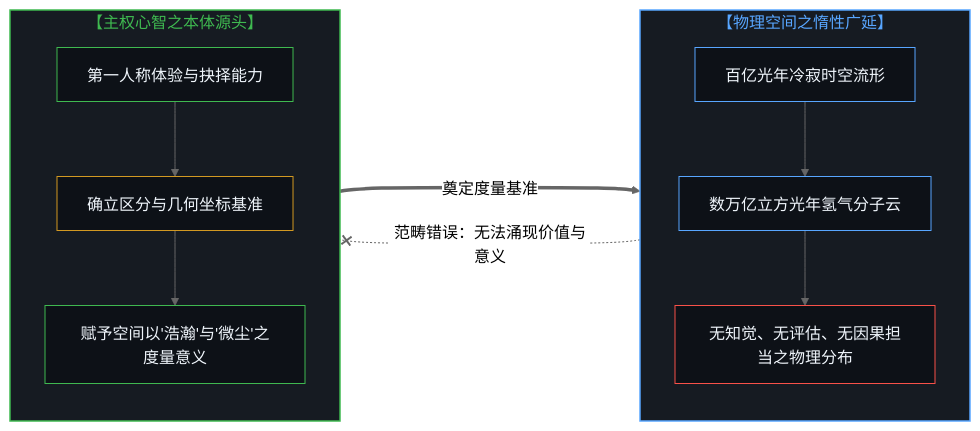
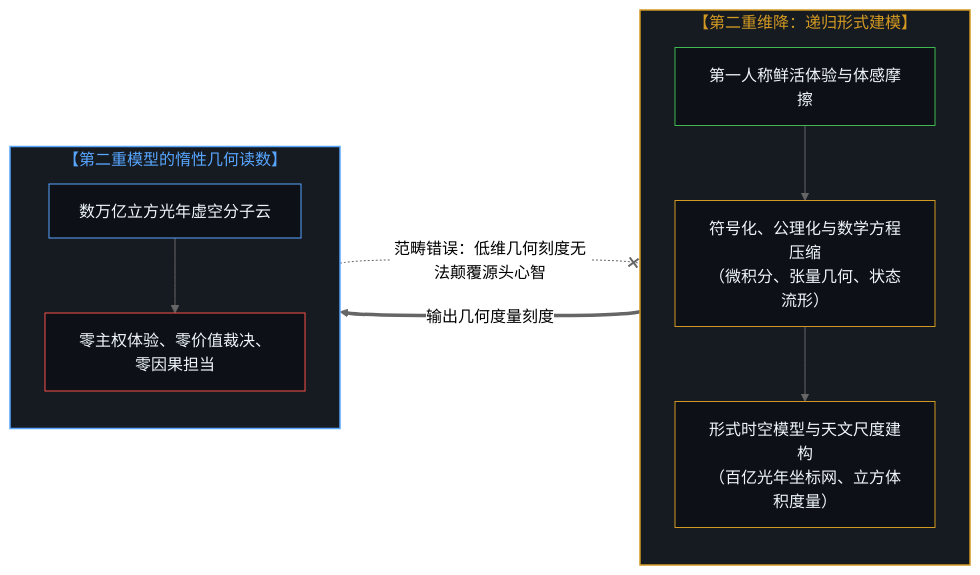
The third of 8 diagrams in content/posts/one-cannot-escape-ones-own-mind.md (powerpig99/not-a-toe), drawn with Mermaid (neutral theme) before and after one commit. The commit also changed other lines of this file and 2 other files, not shown here.

Commit message:
Enhance Post #332: Integrate two-fold dimensional collapse and historical modeling inversion

````diff
--- a/content/posts/one-cannot-escape-ones-own-mind.md
+++ b/content/posts/one-cannot-escape-ones-own-mind.md
@@ -71,26 +85,24 @@
 ```mermaid
 flowchart LR
-    subgraph S_InertSpace ["【物理空间之惰性广延】"]
+    subgraph S_SecondCollapse ["【第二重维降：递归形式建模】"]
         direction TB
-        V1["百亿光年冷寂时空流形"] --> V2["数万亿立方光年氢气分子云"]
-        V2 --> V3["无知觉、无评估、无因果担当之物理分布"]
+        M2["第一人称鲜活体验与体感摩擦"] --> F1["符号化、公理化与数学方程压缩<br/>（微积分、张量几何、状态流形）"]
+        F1 --> F2["形式时空模型与天文尺度建构<br/>（百亿光年坐标网、立方体积度量）"]
     end
 
-    subgraph S_LivingMind ["【主权心智之本体源头】"]
+    subgraph S_InertExtension ["【第二重模型的惰性几何读数】"]
         direction TB
-        M1["第一人称体验与抉择能力"] --> M2["确立区分与几何坐标基准"]
-        M2 --> M3["赋予空间以'浩瀚'与'微尘'之度量意义"]
+        V1["数万亿立方光年虚空分子云"] --> V2["零主权体验、零价值裁决、零因果担当"]
     end
 
-    M3 ===>|"奠定度量基准"| V1
-    V3 -.-x|"范畴错误：无法涌现价值与意义"| M1
+    F2 ===>|"输出几何度量刻度"| V1
+    V2 -.-x|"范畴错误：低维几何刻度无法颠覆源头心智"| M2
 
-    style S_InertSpace fill:#161b22,stroke:#58a6ff,stroke-width:1.5px,color:#58a6ff
-    style S_LivingMind fill:#161b22,stroke:#3fb950,stroke-width:1.5px,color:#3fb950
+    style S_SecondCollapse fill:#161b22,stroke:#d29922,stroke-width:1.5px,color:#d29922
+    style S_InertExtension fill:#161b22,stroke:#58a6ff,stroke-width:1.5px,color:#58a6ff
+    style M2 fill:#0d1117,stroke:#3fb950,stroke-width:1px,color:#f0f6fc
+    style F1 fill:#0d1117,stroke:#d29922,stroke-width:1px,color:#f0f6fc
+    style F2 fill:#0d1117,stroke:#d29922,stroke-width:1px,color:#f0f6fc
     style V1 fill:#0d1117,stroke:#58a6ff,stroke-width:1px,color:#f0f6fc
-    style V2 fill:#0d1117,stroke:#58a6ff,stroke-width:1px,color:#f0f6fc
-    style V3 fill:#0d1117,stroke:#f85149,stroke-width:1px,color:#f0f6fc
-    style M1 fill:#0d1117,stroke:#3fb950,stroke-width:1px,color:#f0f6fc
-    style M2 fill:#0d1117,stroke:#d29922,stroke-width:1px,color:#f0f6fc
-    style M3 fill:#0d1117,stroke:#3fb950,stroke-width:1px,color:#f0f6fc
+    style V2 fill:#0d1117,stroke:#f85149,stroke-width:1px,color:#f0f6fc
 ```
````
